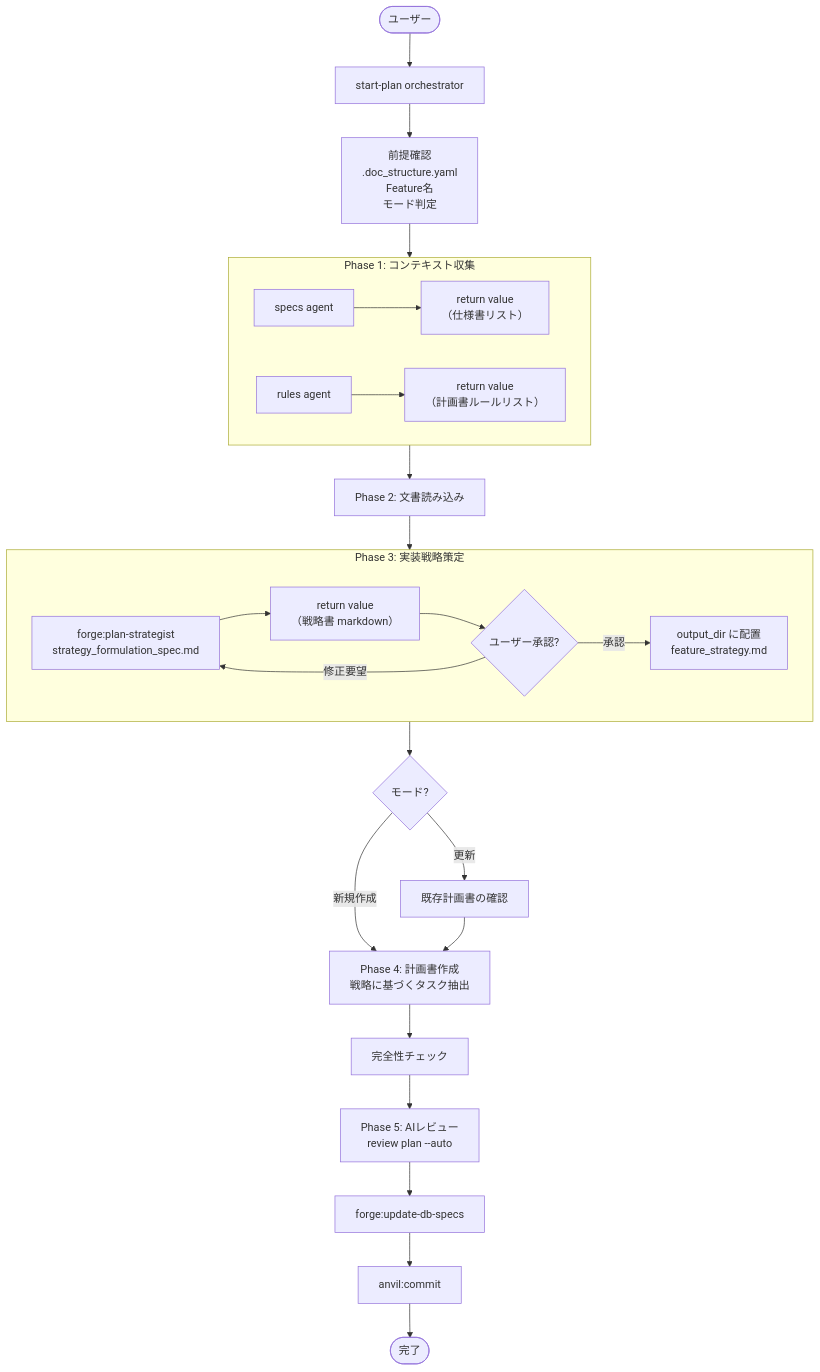
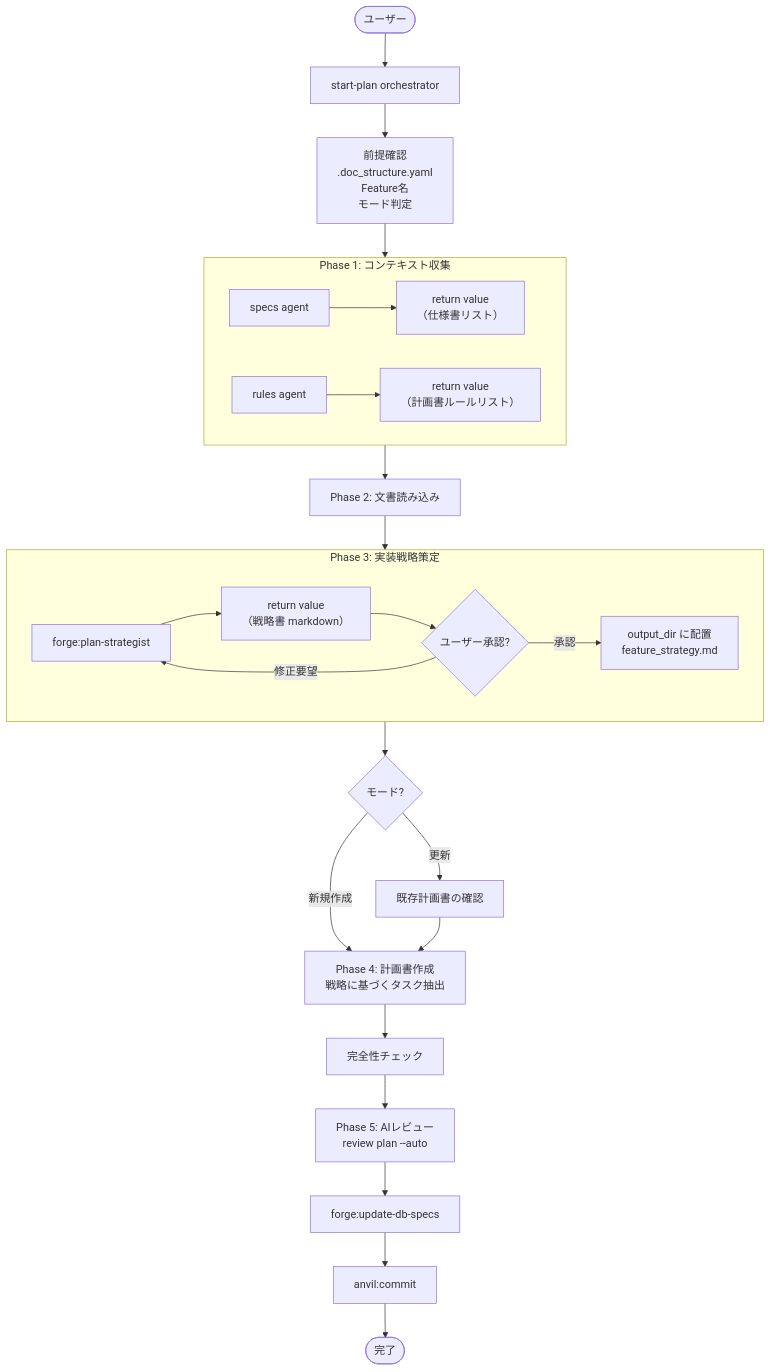
The diagram in docs/specs/forge/design/DES-019_create_plan_workflow_design.md (BlueEventHorizon/bw-cc-plugins), drawn with Mermaid before and after one commit. The commit also changed other lines of this file and 15 other files, not shown here.

````diff
--- a/docs/specs/forge/design/DES-019_create_plan_workflow_design.md
+++ b/docs/specs/forge/design/DES-019_create_plan_workflow_design.md
@@ -28,41 +28,41 @@
 ```mermaid
 flowchart TD
     User([ユーザー]) --> ORCHESTRATOR["start-plan orchestrator"]
 
     ORCHESTRATOR --> PREREQ["前提確認<br>.doc_structure.yaml<br>Feature名<br>モード判定"]
 
     PREREQ --> CONTEXT
 
     subgraph CONTEXT["Phase 1: コンテキスト収集"]
         A1["specs agent"] --> RV_SPECS["return value<br>（仕様書リスト）"]
         A2["rules agent"] --> RV_RULES["return value<br>（計画書ルールリスト）"]
     end
 
     CONTEXT --> READ["Phase 2: 文書読み込み"]
 
     READ --> STRATEGY_PHASE
 
     subgraph STRATEGY_PHASE["Phase 3: 実装戦略策定"]
-        SA["forge:plan-strategist<br>strategy_formulation_spec.md"] --> DRAFT["return value<br>（戦略書 markdown）"]
+        SA["forge:plan-strategist"] --> DRAFT["return value<br>（戦略書 markdown）"]
         DRAFT --> APPROVAL{"ユーザー承認?"}
         APPROVAL -->|"修正要望"| SA
         APPROVAL -->|"承認"| COPY["output_dir に配置<br>feature_strategy.md"]
     end
 
     STRATEGY_PHASE --> MODE_CHECK{モード?}
 
     MODE_CHECK -->|"新規作成"| CREATE
     MODE_CHECK -->|"更新"| UPDATE_CHECK
 
     UPDATE_CHECK["既存計画書の確認"] --> CREATE
 
     CREATE["Phase 4: 計画書作成<br>戦略に基づくタスク抽出"] --> QA["完全性チェック"]
 
     QA --> AI_REVIEW["Phase 5: AIレビュー<br>review plan --auto"]
 
     AI_REVIEW --> TOC["forge:update-db-specs"]
 
     TOC --> COMMIT["anvil:commit"]
 
     COMMIT --> DONE([完了])
 ```
````
